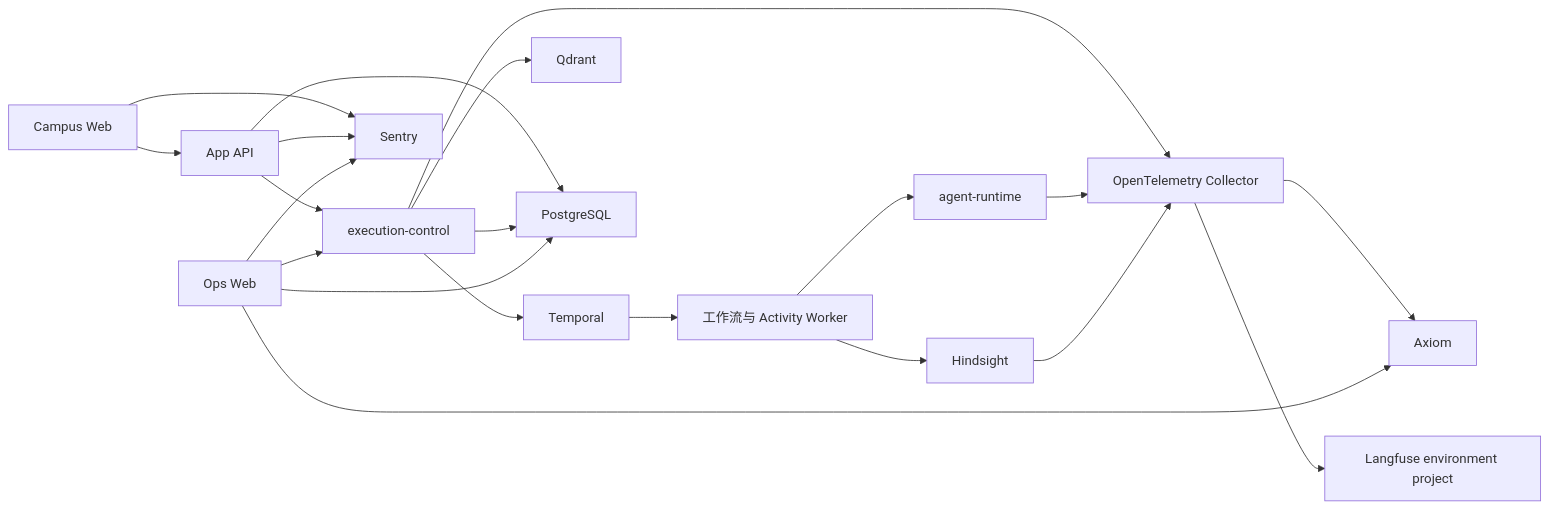
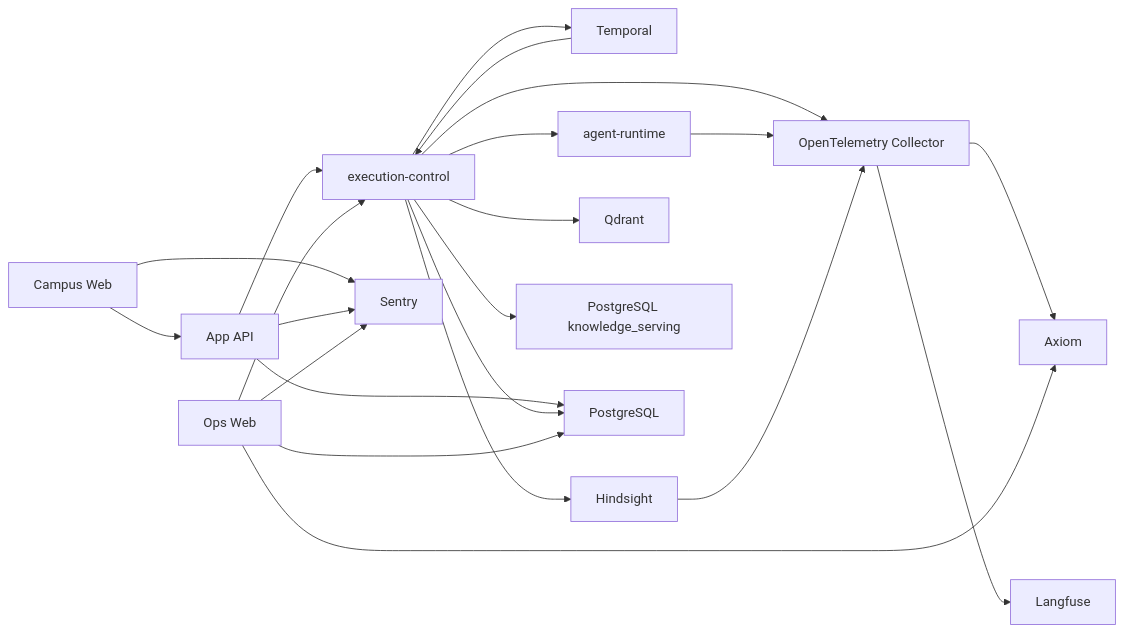
The diagram in docs/architecture/current.md (Luxfeier22331/campus-agent-main), drawn with Mermaid before and after one commit. The commit also changed other lines of this file and 598 other files, not shown here.

First line of the commit message:
refactor(runtime): 收敛 Agent、Temporal 与知识消费边界 (#149)

````diff
--- a/docs/architecture/current.md
+++ b/docs/architecture/current.md
@@ -16,34 +16,36 @@
 ```mermaid
 flowchart LR
   Web["Campus Web"]
   Ops["Ops Web"]
   API["App API"]
   Control["execution-control"]
   Temporal["Temporal"]
-  Workers["工作流与 Activity Worker"]
   Agent["agent-runtime"]
   Memory["Hindsight"]
   Search["Qdrant"]
+  Knowledge["PostgreSQL knowledge_serving"]
   DB["PostgreSQL"]
   OTel["OpenTelemetry Collector"]
   Axiom["Axiom"]
   Sentry["Sentry"]
-  Langfuse["Langfuse environment project"]
+  Langfuse["Langfuse"]
 
-  Web --> API --> Control --> Temporal --> Workers --> Agent
-  Workers --> Memory
+  Web --> API --> Control --> Temporal
+  Temporal --> Control --> Agent
+  Control --> Memory
   Control --> Search
+  Control --> Knowledge
   API --> DB
   Control --> DB
   Ops --> DB
   Ops --> Control
   Control --> OTel
   Agent --> OTel
   Memory --> OTel
   OTel --> Axiom
   OTel --> Langfuse
   Web --> Sentry
   API --> Sentry
   Ops --> Axiom
   Ops --> Sentry
 ```
````
